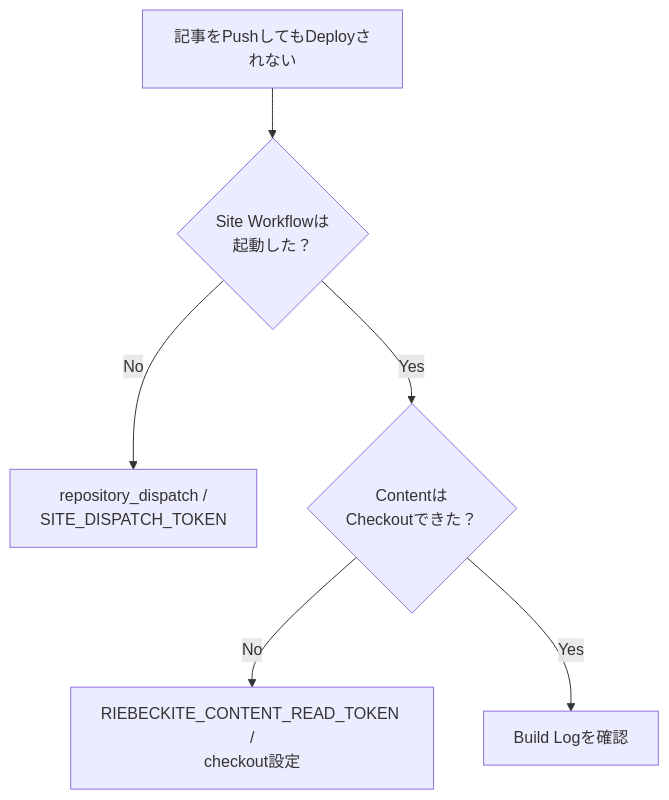
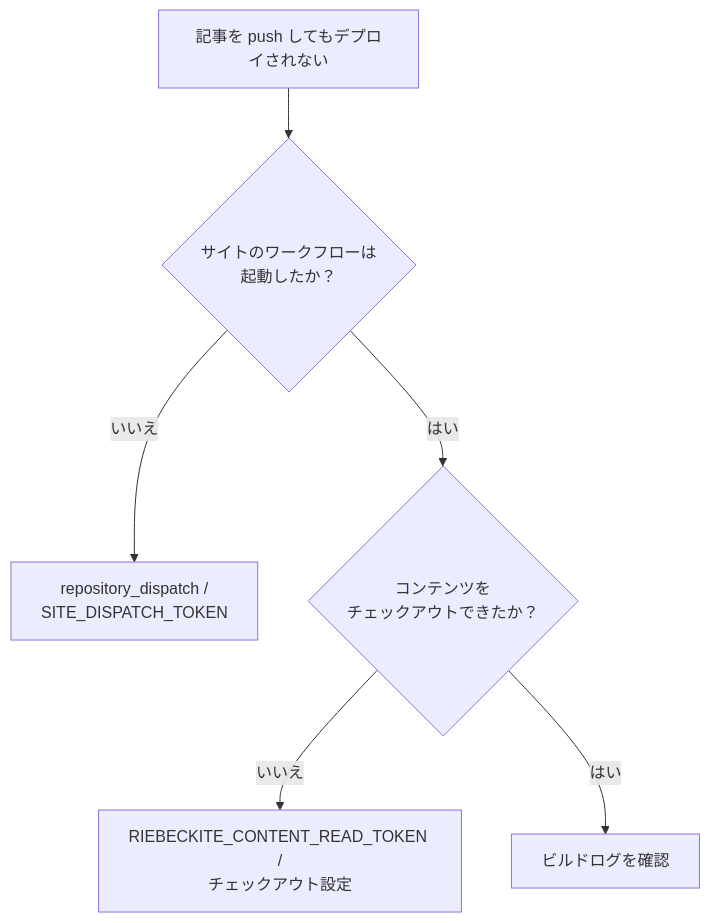
Before and after one commit to Rerurate514/riebeckite: diagram 12 of 13 in docs/docs/guides/deployment/separate-content-repository.ja.md, drawn with Mermaid. The commit also changed other lines of this file and 310 other files, not shown here.

````diff
--- a/docs/docs/guides/deployment/separate-content-repository.ja.md
+++ b/docs/docs/guides/deployment/separate-content-repository.ja.md
@@ -1223,12 +597,12 @@
-```mermaid id="wvxw1v"
+```mermaid
 flowchart TD
-    Problem["記事をPushしてもDeployされない"]
+    Problem["記事を push してもデプロイされない"]
 
-    Problem --> Running{"Site Workflowは<br/>起動した？"}
+    Problem --> Running{"サイトのワークフローは<br/>起動したか？"}
 
-    Running -->|"No"| Dispatch["repository_dispatch /<br/>SITE_DISPATCH_TOKEN"]
-    Running -->|"Yes"| Content{"Contentは<br/>Checkoutできた？"}
+    Running -->|"いいえ"| Dispatch["repository_dispatch /<br/>SITE_DISPATCH_TOKEN"]
+    Running -->|"はい"| Content{"コンテンツを<br/>チェックアウトできたか？"}
 
-    Content -->|"No"| Token["RIEBECKITE_CONTENT_READ_TOKEN /<br/>checkout設定"]
-    Content -->|"Yes"| Build["Build Logを確認"]
+    Content -->|"いいえ"| Token["RIEBECKITE_CONTENT_READ_TOKEN /<br/>チェックアウト設定"]
+    Content -->|"はい"| Build["ビルドログを確認"]
 ```
````
